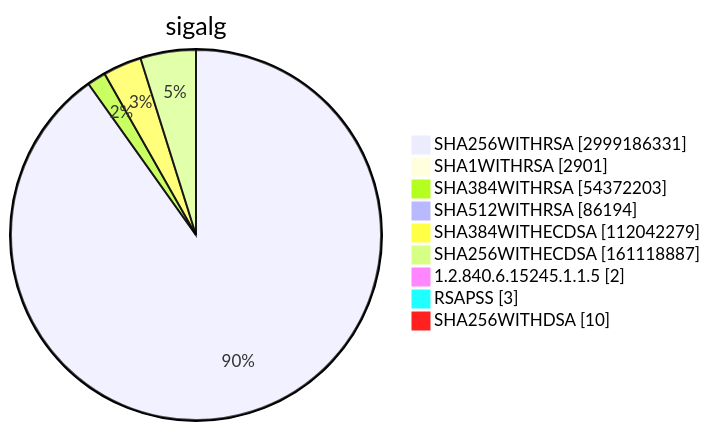
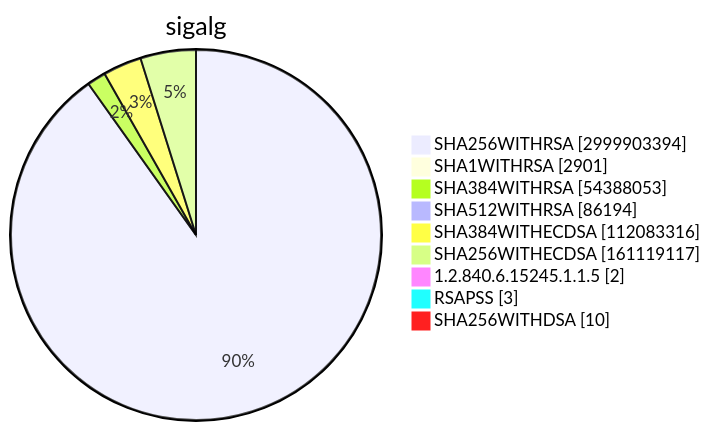
Before and after one commit to christiankrug/ctmonitor_visualization: diagram 15 of 15 in TOTAL/README.md, drawn with Mermaid. The commit also changed other lines of this file, not shown here.

````diff
--- a/TOTAL/README.md
+++ b/TOTAL/README.md
@@ -6208,13 +6208,13 @@
 ```mermaid
 pie showData
 title sigalg
-"SHA256WITHRSA" :2999186331
+"SHA256WITHRSA" :2999903394
 "SHA1WITHRSA" :2901
-"SHA384WITHRSA" :54372203
+"SHA384WITHRSA" :54388053
 "SHA512WITHRSA" :86194
-"SHA384WITHECDSA" :112042279
-"SHA256WITHECDSA" :161118887
+"SHA384WITHECDSA" :112083316
+"SHA256WITHECDSA" :161119117
 "1.2.840.6.15245.1.1.5" :2
 "RSAPSS" :3
 "SHA256WITHDSA" :10
 ```
````
